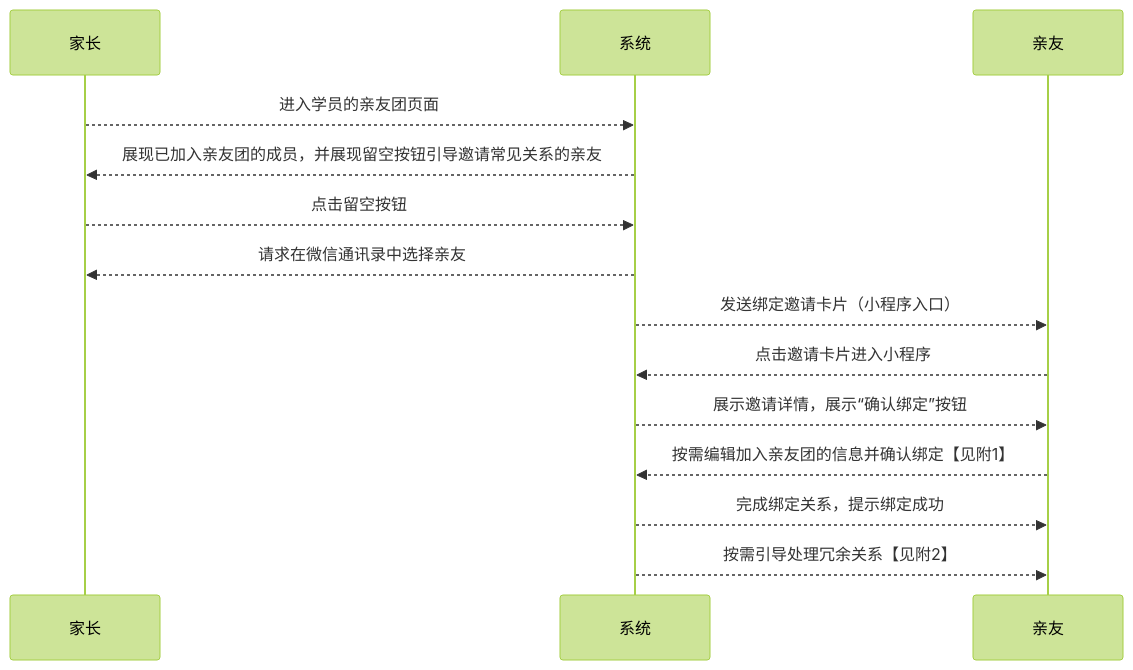
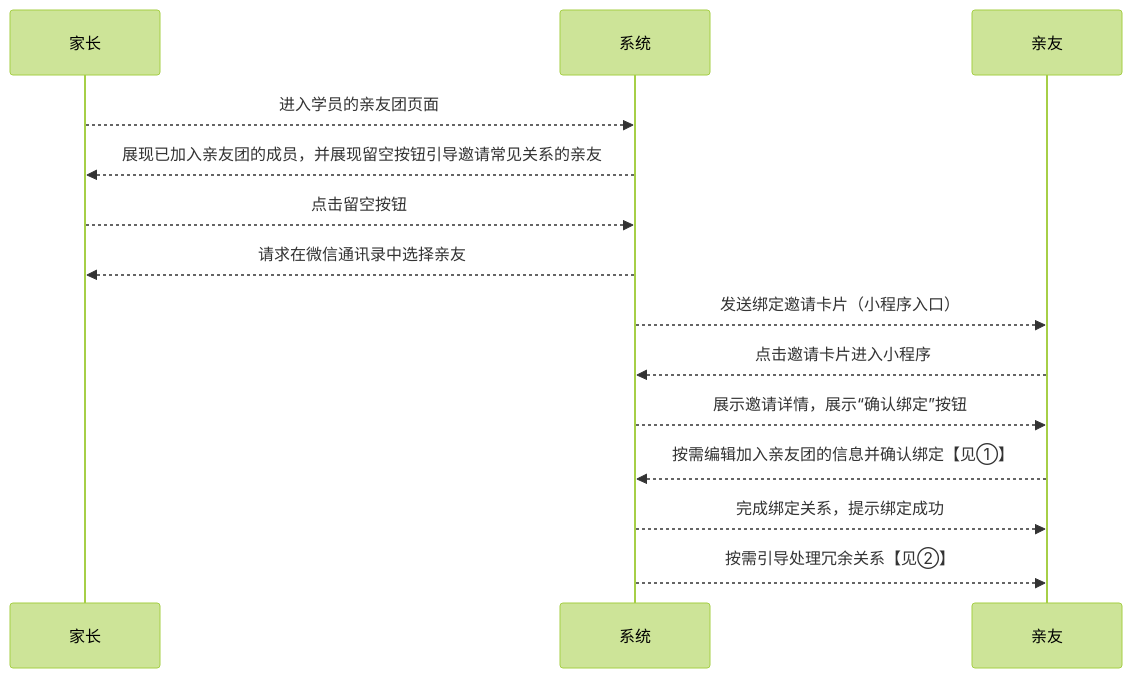
One commit to world-wide-web/sign changed the first of 2 diagrams in 用例/家长-学员关系绑定.md. Above: the diagram before and after it, drawn with Mermaid (forest theme). The commit also changed other lines of this file, not shown here.

````diff
--- a/用例/家长-学员关系绑定.md
+++ b/用例/家长-学员关系绑定.md
@@ -10,24 +10,24 @@
 ```mermaid
 sequenceDiagram
 
 家长-->>系统: 进入学员的亲友团页面
 
 系统-->>家长: 展现已加入亲友团的成员，并展现留空按钮引导邀请常见关系的亲友
 
 家长-->>系统: 点击留空按钮
 
 系统-->>家长: 请求在微信通讯录中选择亲友
 
 系统-->>亲友: 发送绑定邀请卡片（小程序入口）
 
 亲友-->>系统: 点击邀请卡片进入小程序
 
 系统-->>亲友: 展示邀请详情，展示“确认绑定”按钮
 
-亲友-->>系统: 按需编辑加入亲友团的信息并确认绑定【见附1】
+亲友-->>系统: 按需编辑加入亲友团的信息并确认绑定【见①】
 
 系统-->>亲友: 完成绑定关系，提示绑定成功
 
-系统-->>亲友: 按需引导处理冗余关系【见附2】
+系统-->>亲友: 按需引导处理冗余关系【见②】
 
 ```
````
